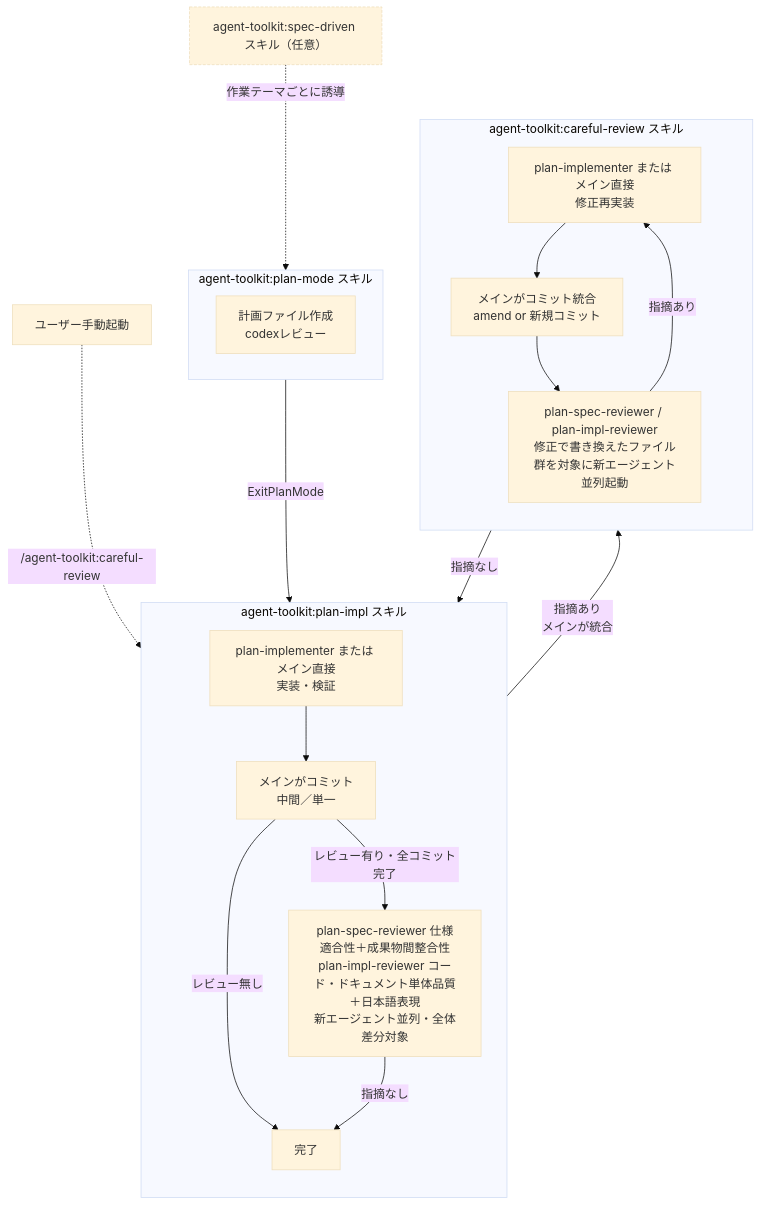
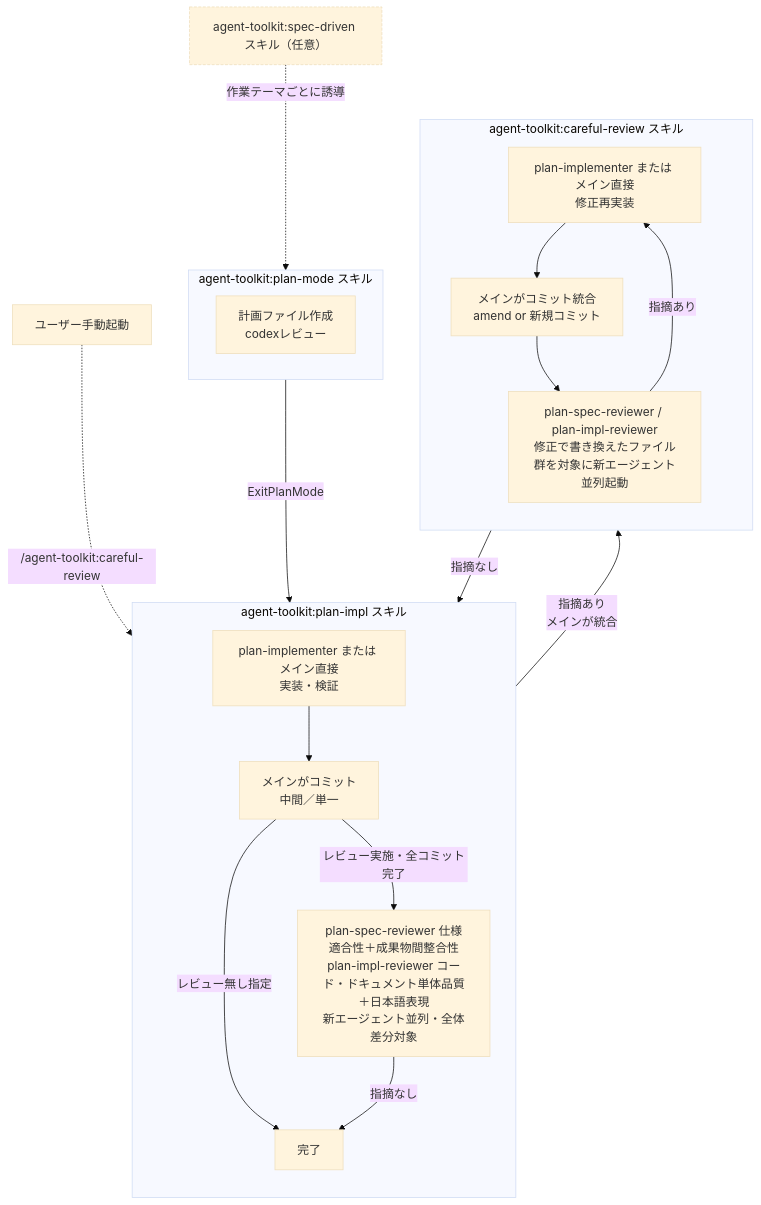
Before and after one commit to ak110/dotfiles: the diagram in .claude/skills/agent-toolkit-edit/SKILL.md, drawn with Mermaid (base theme). The commit also changed other lines of this file and 6 other files, not shown here.

````diff
--- a/.claude/skills/agent-toolkit-edit/SKILL.md
+++ b/.claude/skills/agent-toolkit-edit/SKILL.md
@@ -67,28 +67,28 @@
 ```mermaid
 flowchart TB
     SD["agent-toolkit:spec-driven スキル（任意）"]:::sd
     subgraph PM["agent-toolkit:plan-mode スキル"]
       P[計画ファイル作成<br/>codexレビュー]
     end
     subgraph PI["agent-toolkit:plan-impl スキル"]
       direction TB
       T[plan-implementer または メイン直接<br/>実装・検証] --> CM[メインがコミット<br/>中間／単一]
-      CM -->|レビュー無し| END[完了]
-      CM -->|レビュー有り・全コミット完了| CR
+      CM -->|レビュー無し指定| END[完了]
+      CM -->|レビュー実施・全コミット完了| CR
     end
     subgraph CRS["agent-toolkit:careful-review スキル"]
       direction TB
       CR[plan-spec-reviewer 仕様適合性＋成果物間整合性<br/>plan-impl-reviewer コード・ドキュメント単体品質＋日本語表現<br/>新エージェント並列・全体差分対象]
       CR -->|指摘あり<br/>メインが統合| T2[plan-implementer または メイン直接<br/>修正再実装]
       T2 --> CFix[メインがコミット統合<br/>amend or 新規コミット]
       CFix --> R2[plan-spec-reviewer / plan-impl-reviewer<br/>修正で書き換えたファイル群を対象に新エージェント並列起動]
       R2 -->|指摘あり| T2
       CR -->|指摘なし| END
       R2 -->|指摘なし| END
     end
     SD -.->|作業テーマごとに誘導| PM
     PM -->|ExitPlanMode| PI
     User[ユーザー手動起動] -.->|/agent-toolkit:careful-review| CR
 
     classDef sd stroke-dasharray: 4 2
 ```
````
